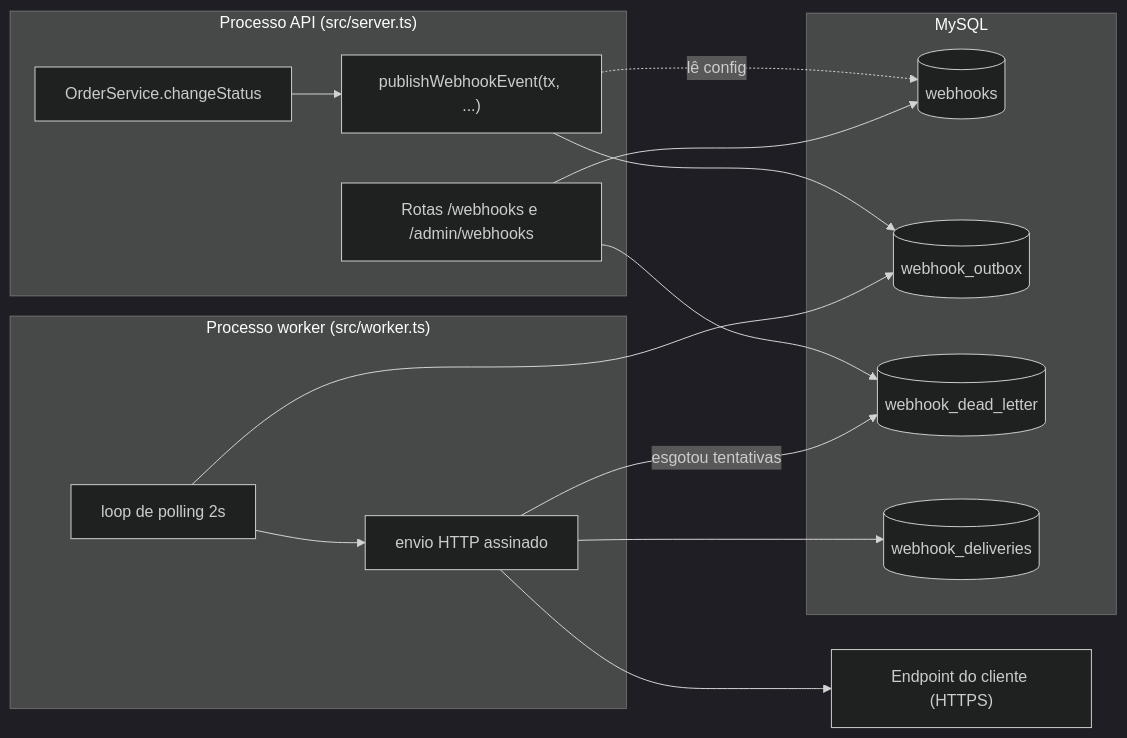
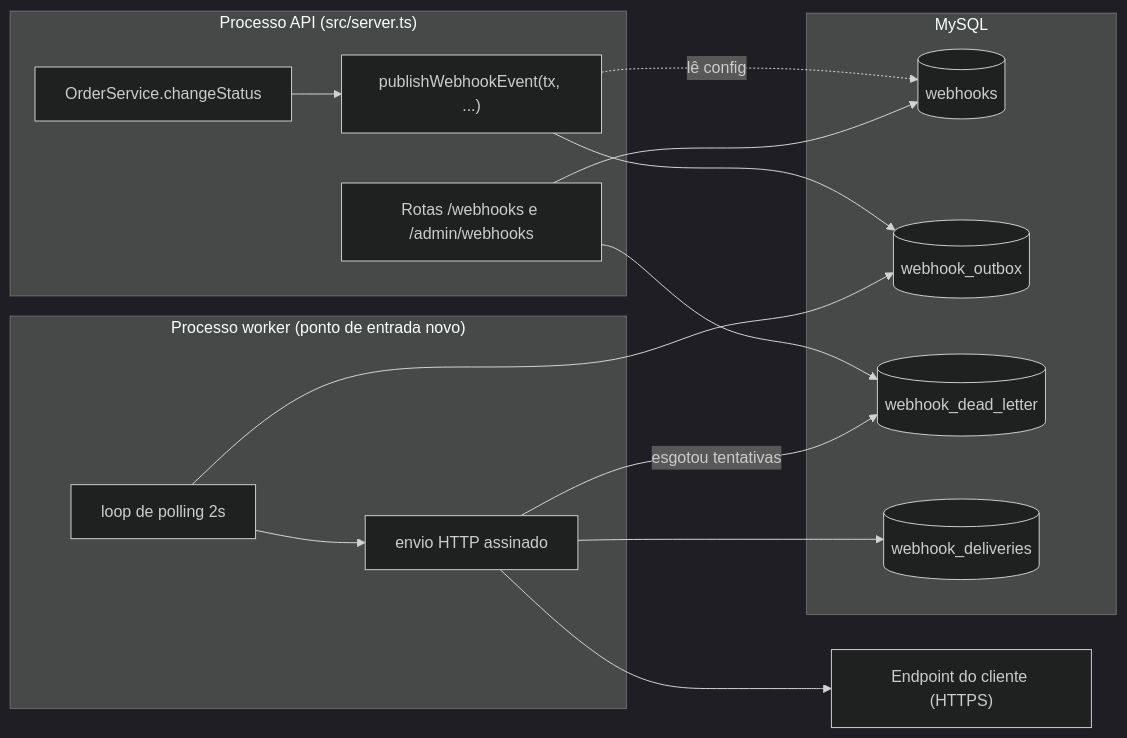
Before and after one commit to MTrindademoreno/mba-ia-desafio-design-docs-com-ia: the diagram in docs/FDD.md, drawn with Mermaid (dark theme). The commit also changed other lines of this file and 3 other files, not shown here.

````diff
--- a/docs/FDD.md
+++ b/docs/FDD.md
@@ -63,24 +63,24 @@
 ```mermaid
 flowchart LR
     subgraph API ["Processo API (src/server.ts)"]
         CS["OrderService.changeStatus"] --> PUB["publishWebhookEvent(tx, ...)"]
         CRUD["Rotas /webhooks e /admin/webhooks"]
     end
     subgraph DB ["MySQL"]
         WH[(webhooks)]
         OB[(webhook_outbox)]
         DL[(webhook_dead_letter)]
         DV[(webhook_deliveries)]
     end
-    subgraph WK ["Processo worker (src/worker.ts)"]
+    subgraph WK ["Processo worker (ponto de entrada novo)"]
         LOOP["loop de polling 2s"] --> SEND["envio HTTP assinado"]
     end
     PUB --> OB
     PUB -. "lê config" .-> WH
     CRUD --> WH
     CRUD --> DL
     LOOP --> OB
     SEND --> DV
     SEND -- "esgotou tentativas" --> DL
     SEND --> EXT["Endpoint do cliente (HTTPS)"]
 ```
````
